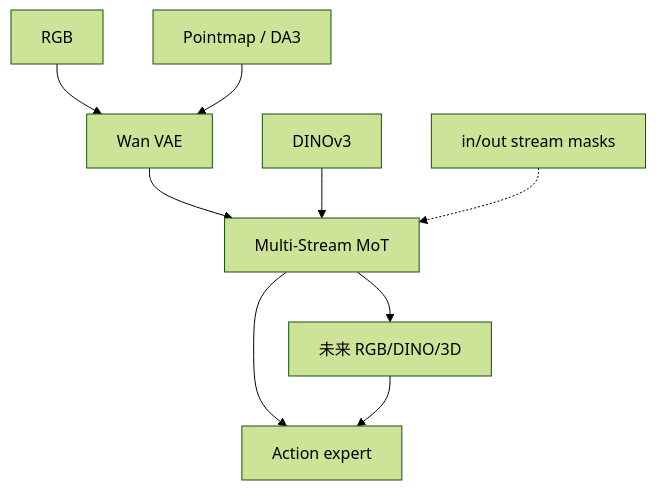
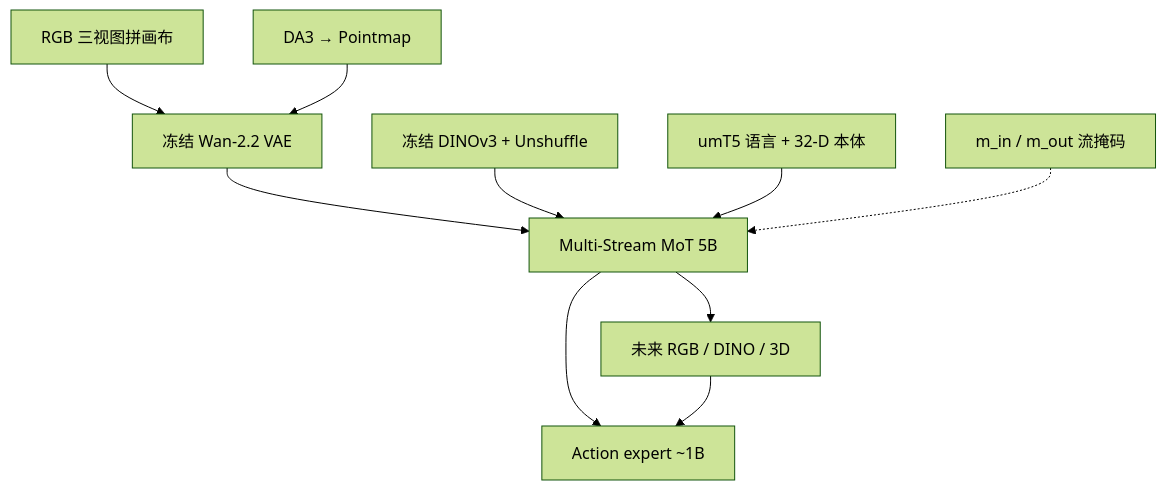
The diagram in wiki/entities/paper-flex-pi.md (ImChong/Robotics_Notebooks), drawn with Mermaid (forest theme) before and after one commit. The commit also changed other lines of this file and 18 other files, not shown here.

````diff
--- a/wiki/entities/paper-flex-pi.md
+++ b/wiki/entities/paper-flex-pi.md
@@ -86,12 +94,13 @@
 ```mermaid
 flowchart TB
-  RGB[RGB] --> VAE[Wan VAE]
-  PM[Pointmap / DA3] --> VAE
-  DINO[DINOv3]
-  VAE --> MoT[Multi-Stream MoT]
+  RGB[RGB 三视图拼画布] --> VAE[冻结 Wan-2.2 VAE]
+  DA3[DA3 → Pointmap] --> VAE
+  DINO[冻结 DINOv3 + Unshuffle]
+  VAE --> MoT[Multi-Stream MoT 5B]
   DINO --> MoT
-  MoT --> Fo[未来 RGB/DINO/3D]
-  MoT --> Act[Action expert]
-  Mask[in/out stream masks] -.-> MoT
+  Cond[umT5 语言 + 32-D 本体] --> MoT
+  Mask["m_in / m_out 流掩码"] -.-> MoT
+  MoT --> Fo[未来 RGB / DINO / 3D]
+  MoT --> Act[Action expert ~1B]
   Fo --> Act
 ```
````
